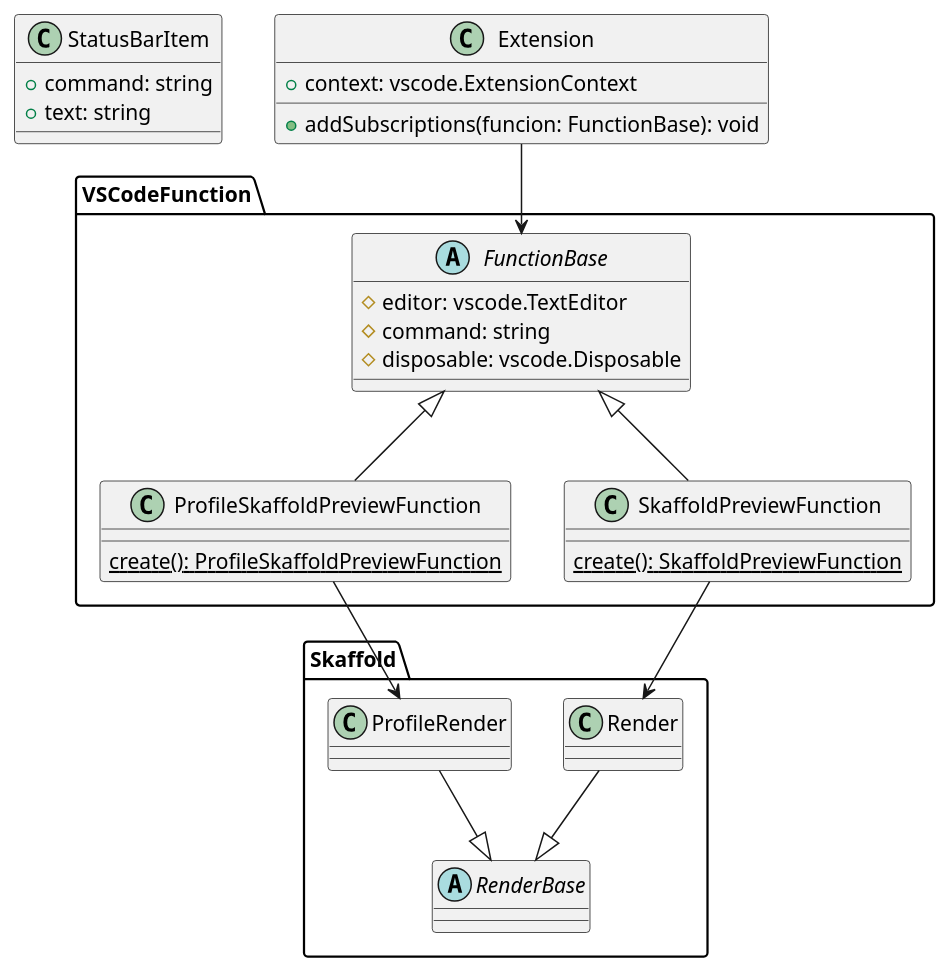
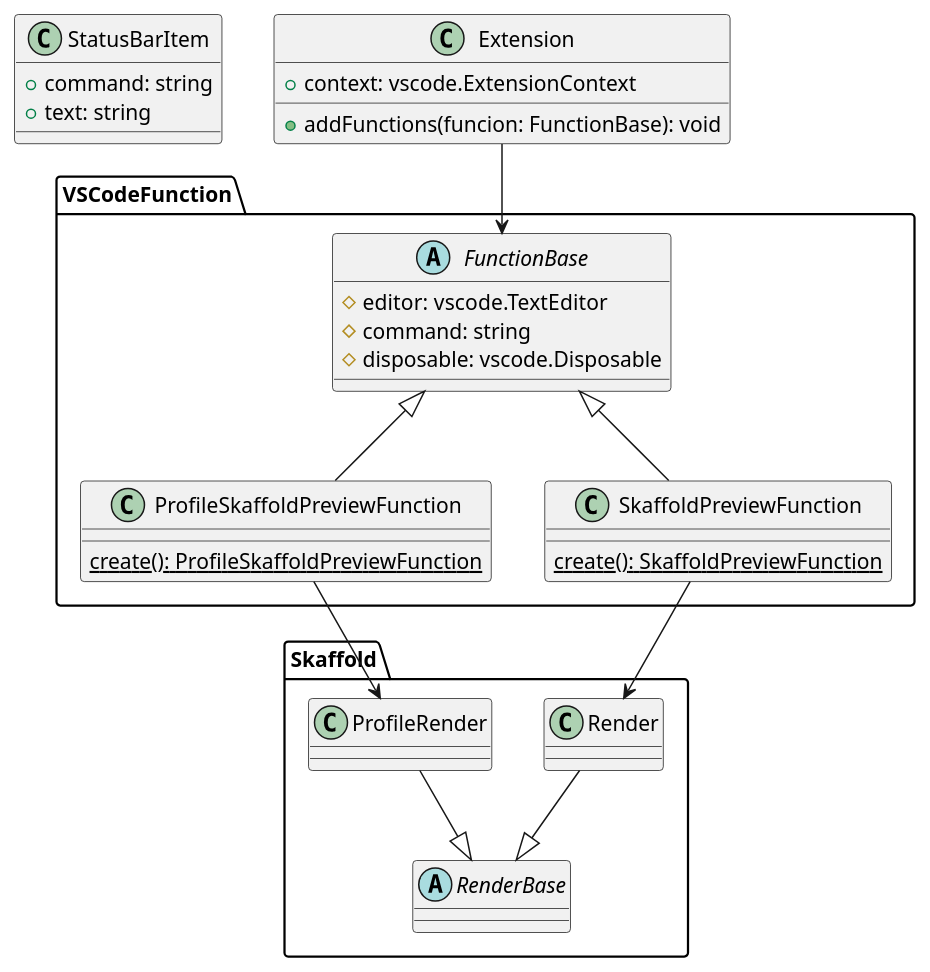
The diagram in docs/architechture.pu (maaaashi/skaffold-preview), drawn with PlantUML before and after one commit.

Commit message:
:octocat: class :octocat:

```diff
--- a/docs/architechture.pu
+++ b/docs/architechture.pu
@@ -1,54 +1,54 @@
 @startuml Architechture
 
 package VSCodeFunction {
   abstract class FunctionBase {
     # editor: vscode.TextEditor
     # command: string
     # disposable: vscode.Disposable
   }
 
   class SkaffoldPreviewFunction {
     {static} create(): SkaffoldPreviewFunction
   }
 
   class ProfileSkaffoldPreviewFunction {
     {static} create(): ProfileSkaffoldPreviewFunction
   }
 }
 
 FunctionBase <|-- SkaffoldPreviewFunction
 FunctionBase <|-- ProfileSkaffoldPreviewFunction
 
 package Skaffold {
   abstract class RenderBase {
 
   }
 
   class ProfileRender {
 
   }
 
   class Render {
 
   }
 
   RenderBase <|-up- Render
   RenderBase <|-up- ProfileRender
 }
 
 Render <-up- SkaffoldPreviewFunction
 ProfileRender <-up- ProfileSkaffoldPreviewFunction
 
 class StatusBarItem {
   + command: string
   + text: string
 }
 
 class Extension {
   + context: vscode.ExtensionContext
-  + addSubscriptions(funcion: FunctionBase): void
+  + addFunctions(funcion: FunctionBase): void
 }
 
 Extension -down-> FunctionBase
 
 @enduml
```
